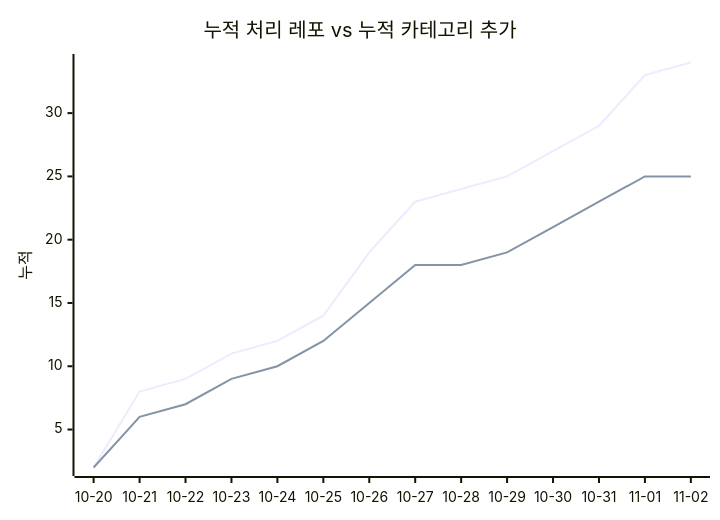
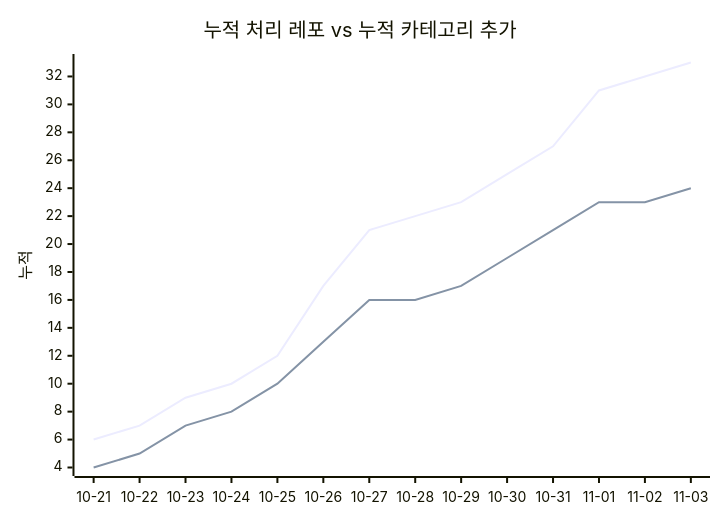
The second of 2 diagrams in docs/trends.md (J-nowcow/awesome-korean-agent-skills), drawn with Mermaid before and after one commit. The commit also changed other lines of this file and 28 other files, not shown here.

````diff
--- a/docs/trends.md
+++ b/docs/trends.md
@@ -68,8 +68,8 @@
 ```mermaid
 xychart-beta
     title "누적 처리 레포 vs 누적 카테고리 추가"
-    x-axis ["10-20","10-21","10-22","10-23","10-24","10-25","10-26","10-27","10-28","10-29","10-30","10-31","11-01","11-02"]
+    x-axis ["10-21","10-22","10-23","10-24","10-25","10-26","10-27","10-28","10-29","10-30","10-31","11-01","11-02","11-03"]
     y-axis "누적"
-    line [2,8,9,11,12,14,19,23,24,25,27,29,33,34]
-    line [2,6,7,9,10,12,15,18,18,19,21,23,25,25]
+    line [6,7,9,10,12,17,21,22,23,25,27,31,32,33]
+    line [4,5,7,8,10,13,16,16,17,19,21,23,23,24]
 ```
````
